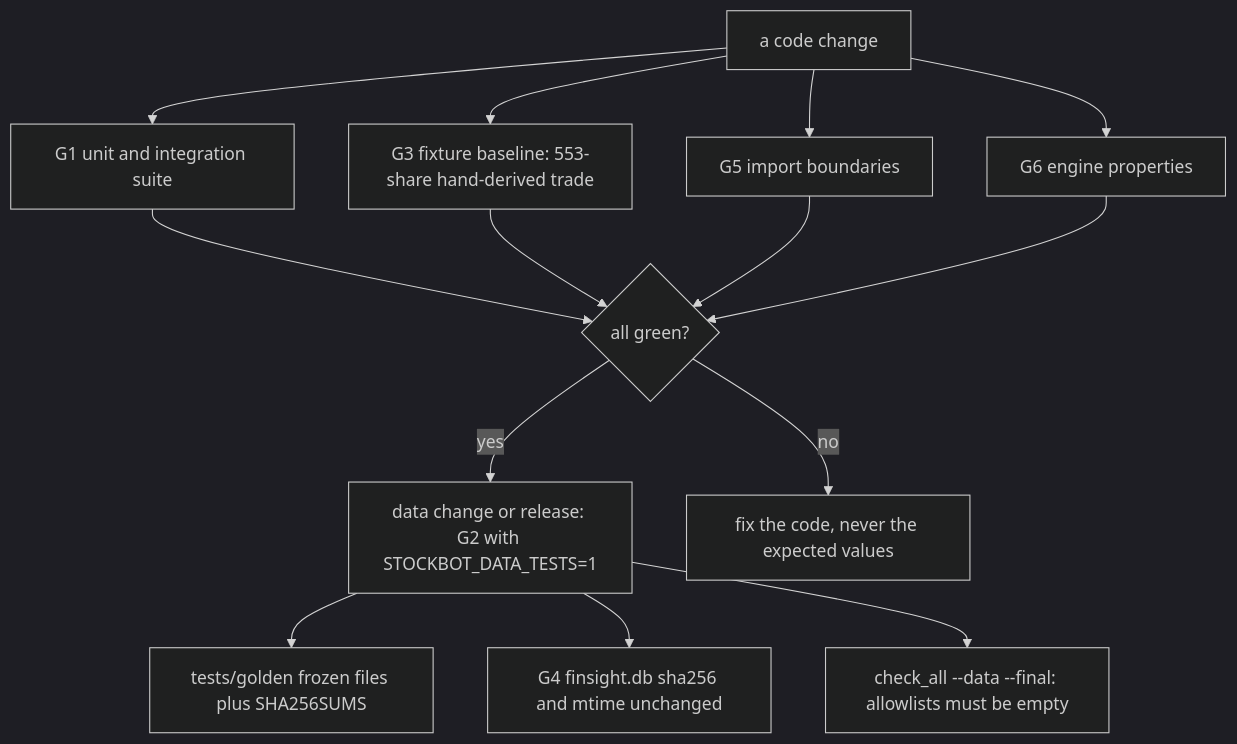
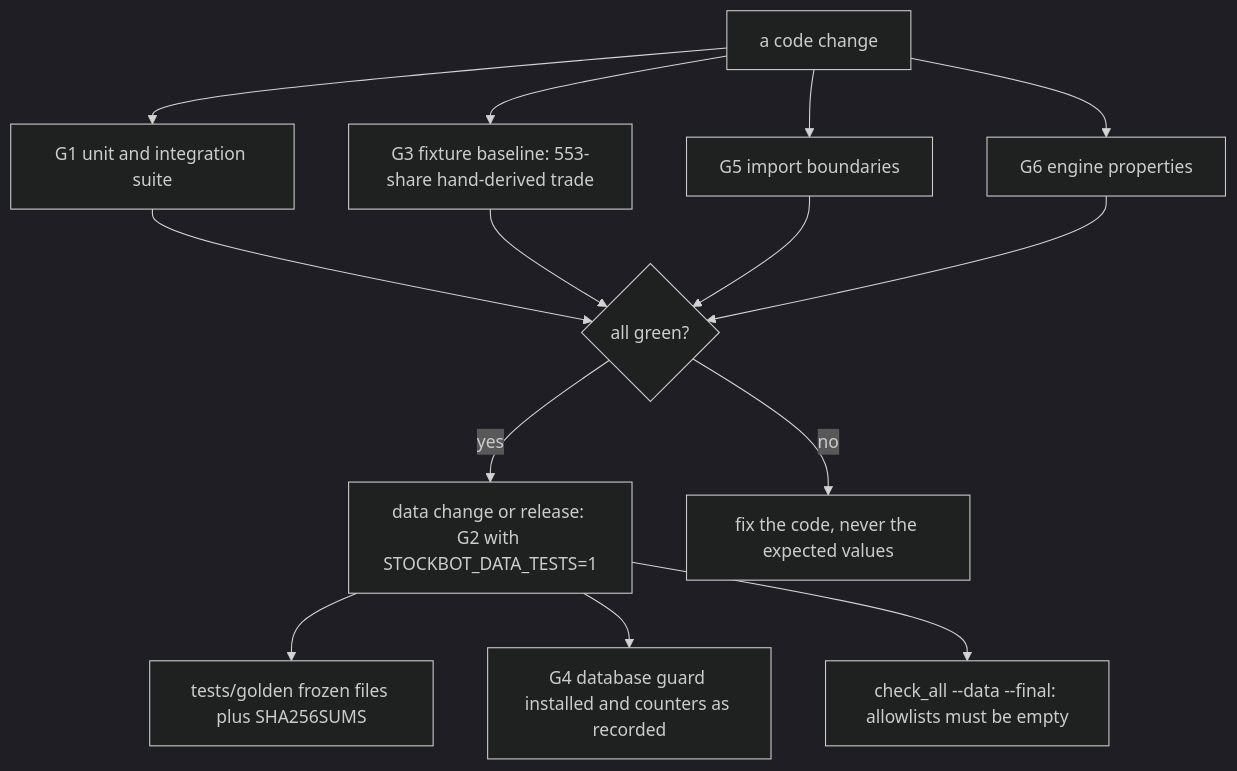
One commit to ravitejagovindu/Stockbot changed the eighth of 8 diagrams in docs/guides/CODEBASE_GUIDE.md. Above: the diagram before and after it, drawn with Mermaid (dark theme). The commit also changed other lines of this file and 6 other files, not shown here.

````diff
--- a/docs/guides/CODEBASE_GUIDE.md
+++ b/docs/guides/CODEBASE_GUIDE.md
@@ -738,16 +748,16 @@
 ```mermaid
 flowchart TD
     C["a code change"] --> G1["G1 unit and integration suite"]
     C --> G3["G3 fixture baseline: 553-share hand-derived trade"]
     C --> G5["G5 import boundaries"]
     C --> G6["G6 engine properties"]
     G1 --> OK{"all green?"}
     G3 --> OK
     G5 --> OK
     G6 --> OK
     OK -- yes --> D["data change or release: G2 with STOCKBOT_DATA_TESTS=1"]
     D --> GF["tests/golden frozen files plus SHA256SUMS"]
-    D --> G4["G4 finsight.db sha256 and mtime unchanged"]
+    D --> G4["G4 database guard installed and counters as recorded"]
     OK -- no --> FIX["fix the code, never the expected values"]
     D --> FIN["check_all --data --final: allowlists must be empty"]
 ```
````
